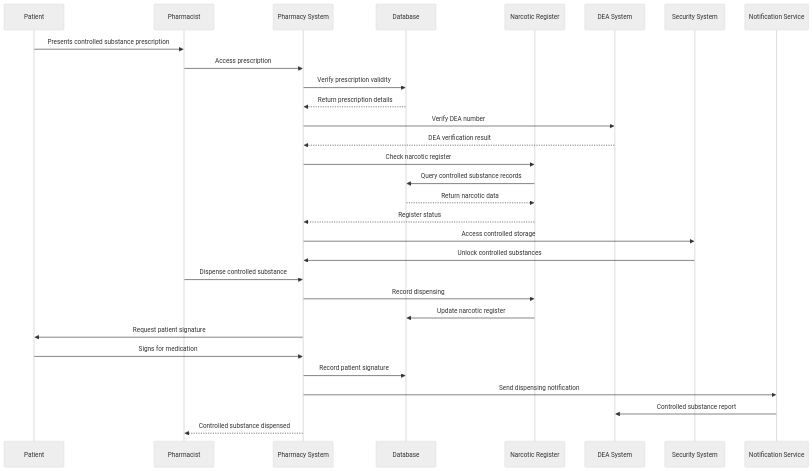
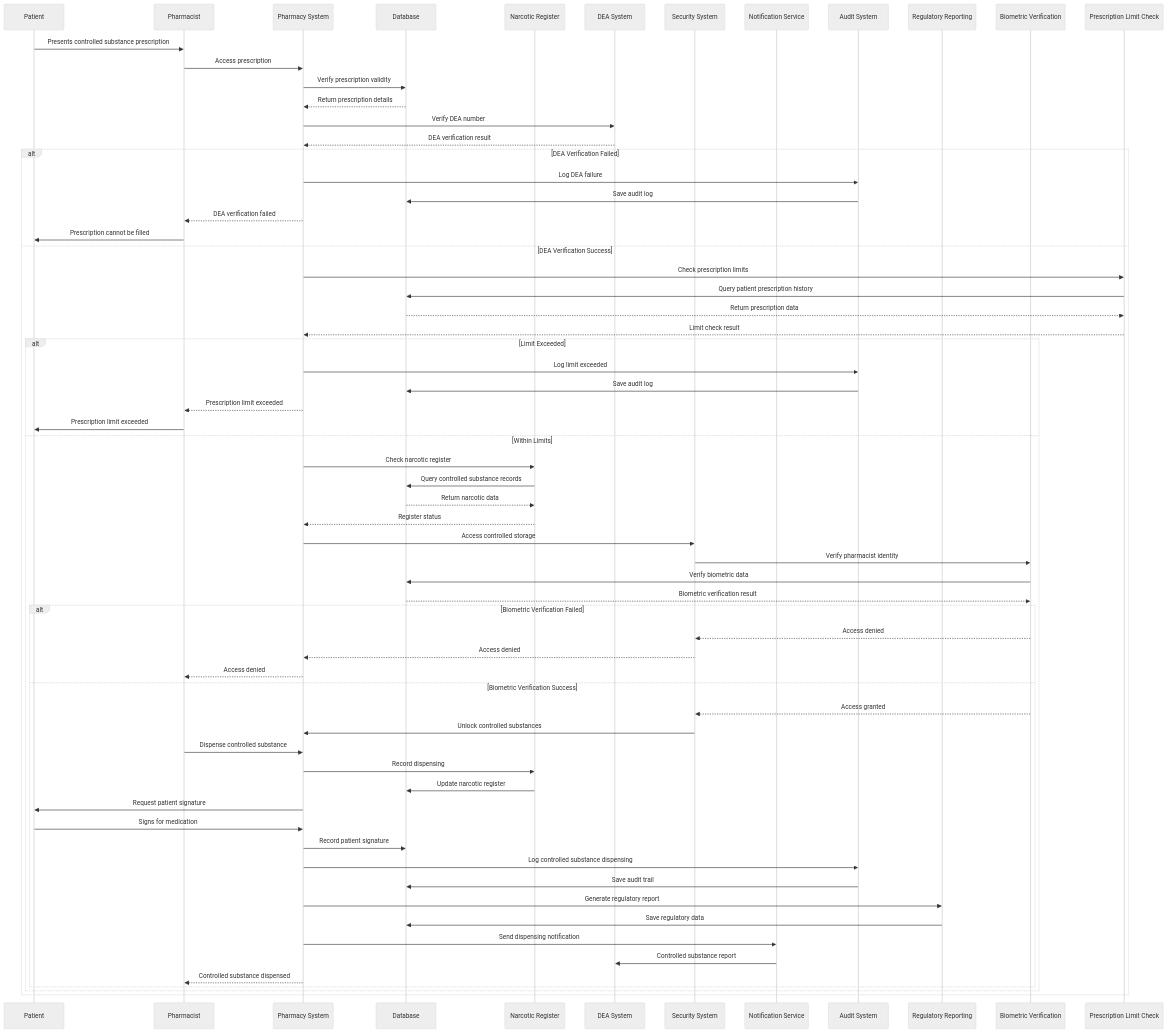
One commit to harcop/limises changed the fifth of 13 diagrams in sequence-diagrams/pharmacy-management-sequence.md. Above: the diagram before and after it, drawn with Mermaid (neutral theme). The commit also changed other lines of this file and 16 other files, not shown here.

````diff
--- a/sequence-diagrams/pharmacy-management-sequence.md
+++ b/sequence-diagrams/pharmacy-management-sequence.md
@@ -148,33 +171,69 @@
 ```mermaid
 sequenceDiagram
     participant P as Patient
     participant PHARM as Pharmacist
     participant PHARMSYS as Pharmacy System
     participant DB as Database
     participant NARCOTIC as Narcotic Register
     participant DEA as DEA System
     participant SECURITY as Security System
     participant NOT as Notification Service
+    participant AUDIT as Audit System
+    participant REGULATORY as Regulatory Reporting
+    participant BIOMETRIC as Biometric Verification
+    participant LIMIT as Prescription Limit Check
 
     P->>PHARM: Presents controlled substance prescription
     PHARM->>PHARMSYS: Access prescription
     PHARMSYS->>DB: Verify prescription validity
     DB-->>PHARMSYS: Return prescription details
     PHARMSYS->>DEA: Verify DEA number
     DEA-->>PHARMSYS: DEA verification result
-    PHARMSYS->>NARCOTIC: Check narcotic register
-    NARCOTIC->>DB: Query controlled substance records
-    DB-->>NARCOTIC: Return narcotic data
-    NARCOTIC-->>PHARMSYS: Register status
-    PHARMSYS->>SECURITY: Access controlled storage
-    SECURITY->>PHARMSYS: Unlock controlled substances
-    PHARM->>PHARMSYS: Dispense controlled substance
-    PHARMSYS->>NARCOTIC: Record dispensing
-    NARCOTIC->>DB: Update narcotic register
-    PHARMSYS->>P: Request patient signature
-    P->>PHARMSYS: Signs for medication
-    PHARMSYS->>DB: Record patient signature
-    PHARMSYS->>NOT: Send dispensing notification
-    NOT->>DEA: Controlled substance report
-    PHARMSYS-->>PHARM: Controlled substance dispensed
+    alt DEA Verification Failed
+        PHARMSYS->>AUDIT: Log DEA failure
+        AUDIT->>DB: Save audit log
+        PHARMSYS-->>PHARM: DEA verification failed
+        PHARM->>P: Prescription cannot be filled
+    else DEA Verification Success
+        PHARMSYS->>LIMIT: Check prescription limits
+        LIMIT->>DB: Query patient prescription history
+        DB-->>LIMIT: Return prescription data
+        LIMIT-->>PHARMSYS: Limit check result
+        alt Limit Exceeded
+            PHARMSYS->>AUDIT: Log limit exceeded
+            AUDIT->>DB: Save audit log
+            PHARMSYS-->>PHARM: Prescription limit exceeded
+            PHARM->>P: Prescription limit exceeded
+        else Within Limits
+            PHARMSYS->>NARCOTIC: Check narcotic register
+            NARCOTIC->>DB: Query controlled substance records
+            DB-->>NARCOTIC: Return narcotic data
+            NARCOTIC-->>PHARMSYS: Register status
+            PHARMSYS->>SECURITY: Access controlled storage
+            SECURITY->>BIOMETRIC: Verify pharmacist identity
+            BIOMETRIC->>DB: Verify biometric data
+            DB-->>BIOMETRIC: Biometric verification result
+            alt Biometric Verification Failed
+                BIOMETRIC-->>SECURITY: Access denied
+                SECURITY-->>PHARMSYS: Access denied
+                PHARMSYS-->>PHARM: Access denied
+            else Biometric Verification Success
+                BIOMETRIC-->>SECURITY: Access granted
+                SECURITY->>PHARMSYS: Unlock controlled substances
+                PHARM->>PHARMSYS: Dispense controlled substance
+                PHARMSYS->>NARCOTIC: Record dispensing
+                NARCOTIC->>DB: Update narcotic register
+                PHARMSYS->>P: Request patient signature
+                P->>PHARMSYS: Signs for medication
+                PHARMSYS->>DB: Record patient signature
+                PHARMSYS->>AUDIT: Log controlled substance dispensing
+                AUDIT->>DB: Save audit trail
+                PHARMSYS->>REGULATORY: Generate regulatory report
+                REGULATORY->>DB: Save regulatory data
+                PHARMSYS->>NOT: Send dispensing notification
+                NOT->>DEA: Controlled substance report
+                PHARMSYS-->>PHARM: Controlled substance dispensed
+            end
+        end
+    end
 ```
````
